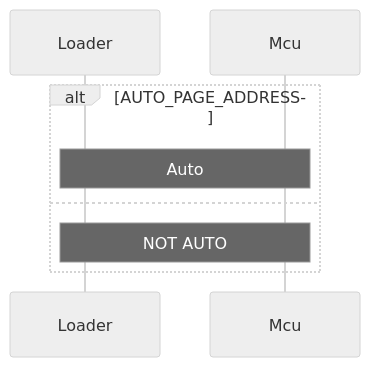
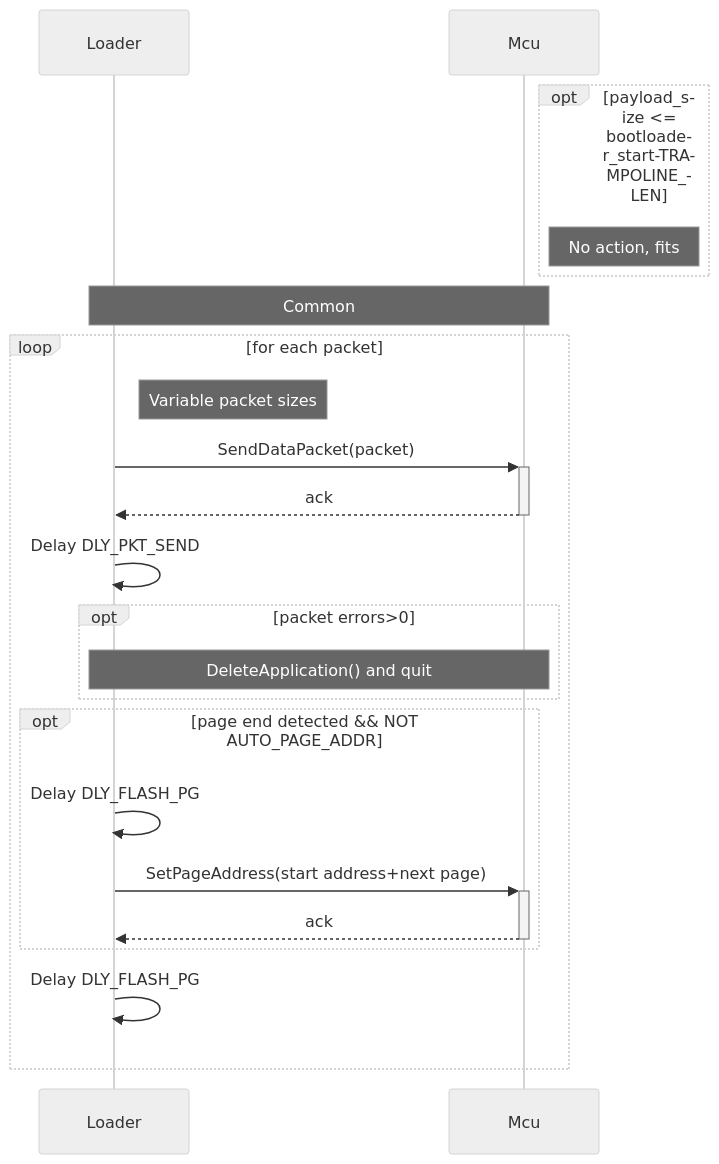
One commit to prandeamus/timonel-py changed the fourth of 6 diagrams in Protocol.md. Above: the diagram before and after it, drawn with Mermaid (neutral theme). The commit also changed other lines of this file, not shown here.

````diff
--- a/Protocol.md
+++ b/Protocol.md
@@ -64,10 +70,25 @@
 ```mermaid
 sequenceDiagram
     participant L as Loader
     participant M as Mcu
-    alt AUTO_PAGE_ADDRESS
-    Note over L,M: Auto
-    else
-    Note over L,M: NOT AUTO
+    opt payload_size <= bootloader_start-TRAMPOLINE_LEN
+        Note Right of M: No action, fits
+    end
+
+    Note over L,M: Common
+    loop for each packet
+        Note right of L: Variable packet sizes
+        L->>+M: SendDataPacket(packet)
+        M-->>-L: ack
+        L->>L: Delay DLY_PKT_SEND
+        opt packet errors>0
+            Note over L,M: DeleteApplication() and quit
+        end
+        opt page end detected && NOT AUTO_PAGE_ADDR
+            L->>L: Delay DLY_FLASH_PG
+            L->>+M: SetPageAddress(start address+next page)
+            M-->>-L: ack
+        end
+        L->>L: Delay DLY_FLASH_PG
     end
 ```
````
